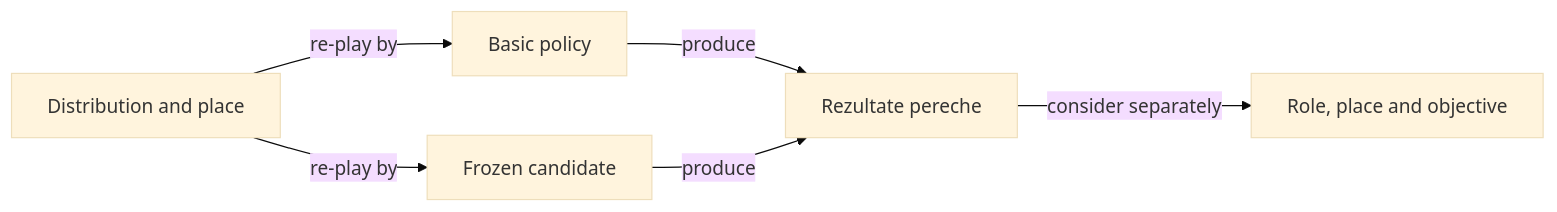
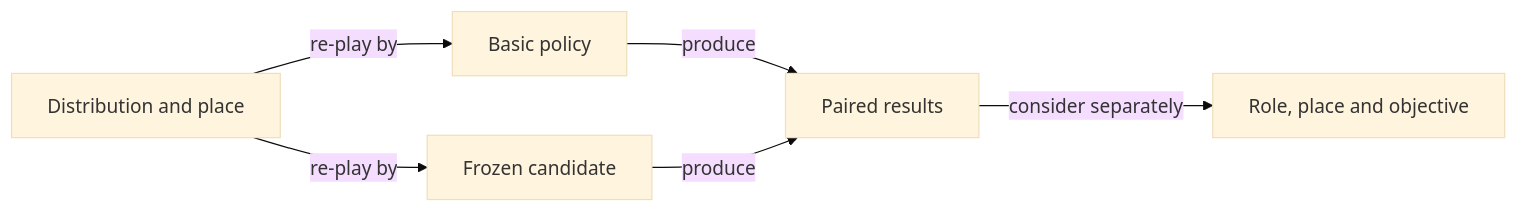
The diagram in docs/learning/ATF_Arena.md (crististefanita/atf_j4), drawn with Mermaid (base theme) before and after one commit. The commit also changed other lines of this file and 126 other files, not shown here.

````diff
--- a/docs/learning/ATF_Arena.md
+++ b/docs/learning/ATF_Arena.md
@@ -9,8 +9,8 @@
 ```mermaid
 flowchart LR
     DEAL[Distribution and place] -->|re-play by| BASE[Basic policy]
     DEAL -->|re-play by| CAND[Frozen candidate]
-    BASE -->|produce| PAIR[Rezultate pereche]
+    BASE -->|produce| PAIR[Paired results]
     CAND -->|produce| PAIR
     PAIR -->|consider separately| REVIEW[Role, place and objective]
 ```
````
